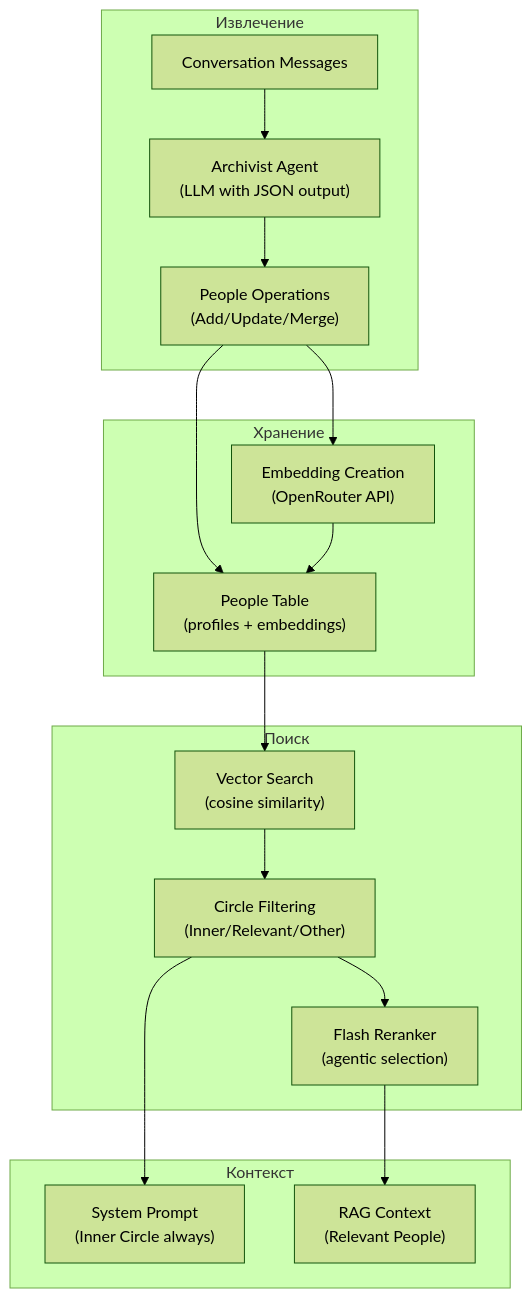
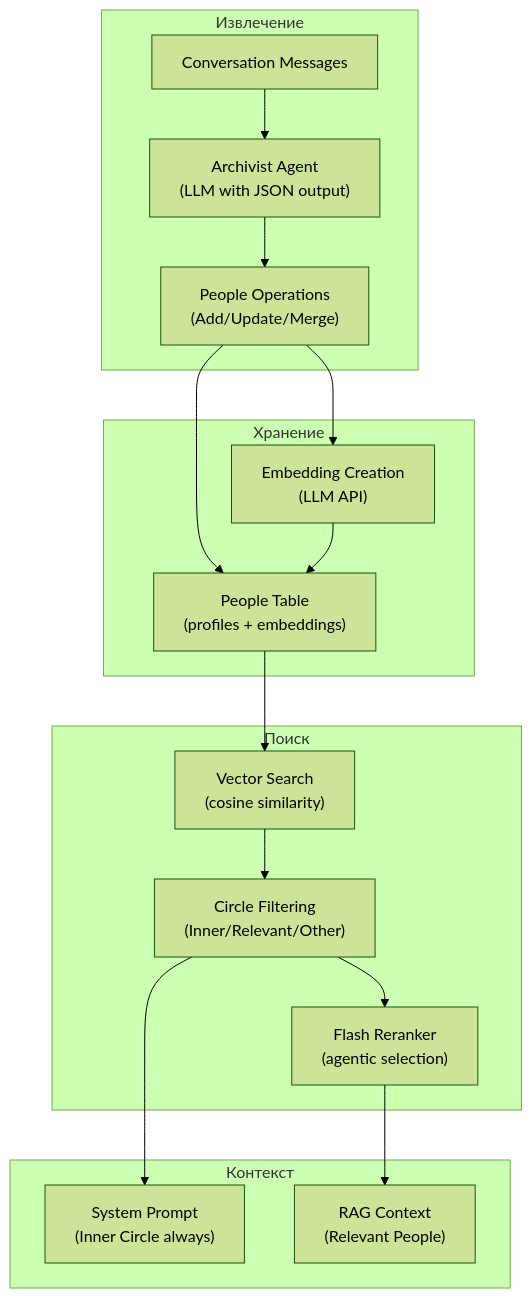
The first of 2 diagrams in docs/architecture/people-graph.md (runixer/laplaced), drawn with Mermaid (forest theme) before and after one commit. The commit also changed other lines of this file and 8 other files, not shown here.

````diff
--- a/docs/architecture/people-graph.md
+++ b/docs/architecture/people-graph.md
@@ -23,30 +23,30 @@
 ```mermaid
 flowchart TB
     subgraph extraction["Извлечение"]
         MSG["Conversation Messages"]
         ARCH["Archivist Agent<br/>(LLM with JSON output)"]
         OPS["People Operations<br/>(Add/Update/Merge)"]
     end
 
     subgraph storage["Хранение"]
         PEOPLE["People Table<br/>(profiles + embeddings)"]
-        EMB["Embedding Creation<br/>(OpenRouter API)"]
+        EMB["Embedding Creation<br/>(LLM API)"]
     end
 
     subgraph retrieval["Поиск"]
         VEC["Vector Search<br/>(cosine similarity)"]
         CIRC["Circle Filtering<br/>(Inner/Relevant/Other)"]
         RERANK["Flash Reranker<br/>(agentic selection)"]
     end
 
     subgraph context["Контекст"]
         SYS["System Prompt<br/>(Inner Circle always)"]
         RAGCTX["RAG Context<br/>(Relevant People)"]
     end
 
     MSG --> ARCH --> OPS --> PEOPLE
     OPS --> EMB --> PEOPLE
     PEOPLE --> VEC --> CIRC --> RERANK
     CIRC --> SYS
     RERANK --> RAGCTX
 ```
````
